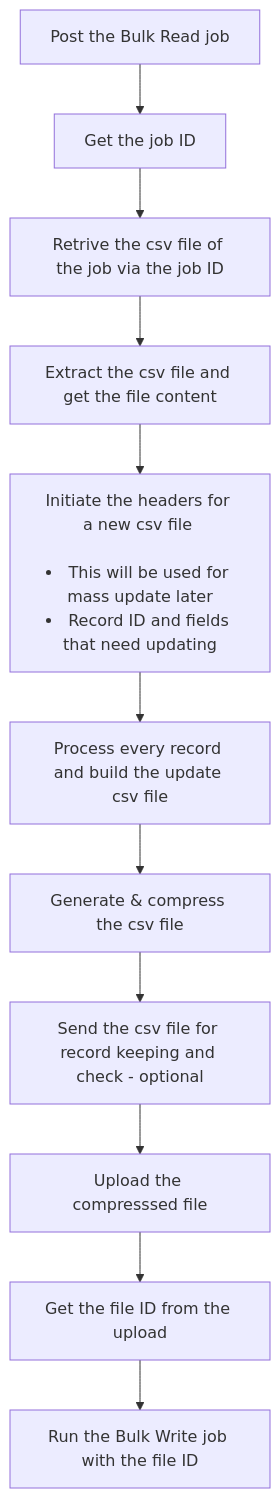
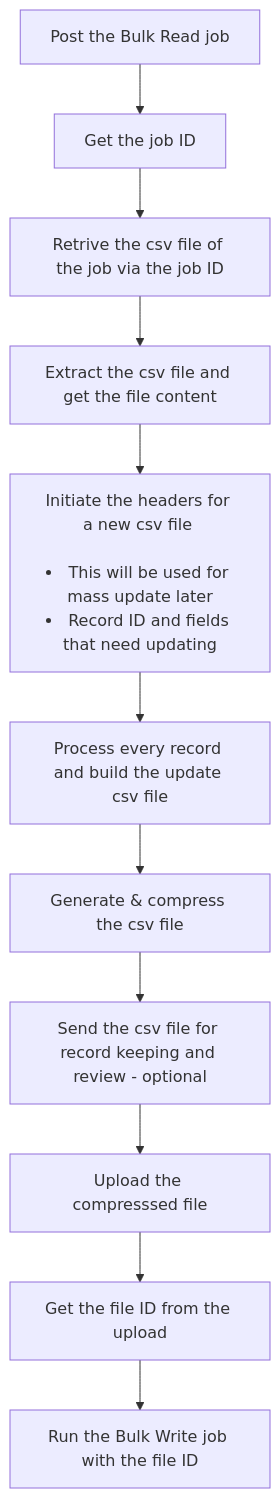
Before and after one commit to camberdynamics/Zoho-CRM-bulk-APIs-for-Mass-Update: the diagram in README.md, drawn with Mermaid.

````diff
--- a/README.md
+++ b/README.md
@@ -13,16 +13,16 @@
 ```mermaid
 graph TD
 A[Post the Bulk Read job]
 B[Get the job ID]
 C[Retrive the csv file of the job via the job ID]
 D[Extract the csv file and get the file content]
 E[Initiate the headers for a new csv file <br> <li>This will be used for mass update later<li>Record ID and fields that need updating]
 F[Process every record and build the update csv file]
 G[Generate & compress the csv file]
-H[Send the csv file for record keeping and check - optional]
+H[Send the csv file for record keeping and review - optional]
 I[Upload the compresssed file]
 J[Get the file ID from the upload]
 K[Run the Bulk Write job with the file ID]
 
 A --> B --> C --> D --> E--> F --> G --> H --> I --> J --> K
 ```
````
